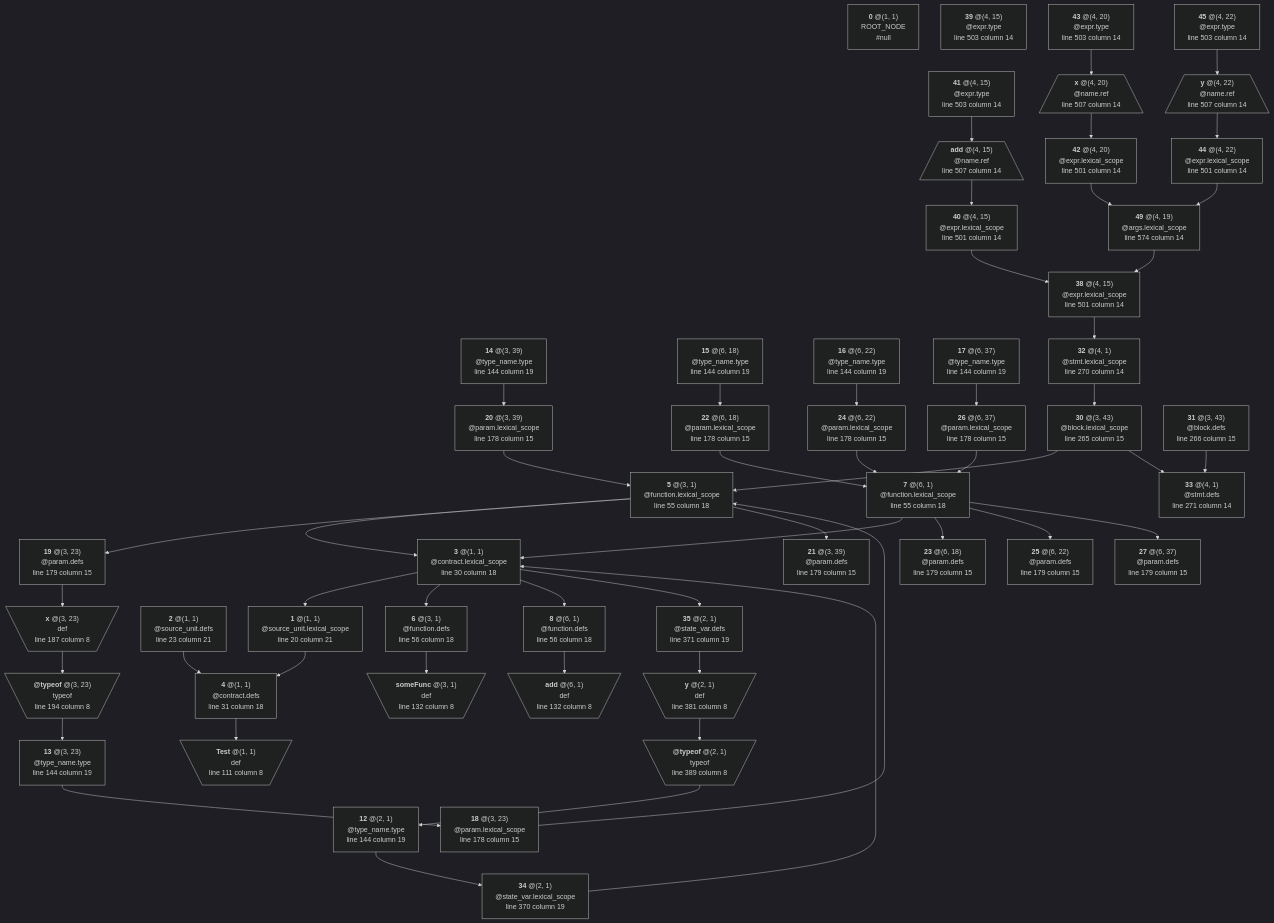
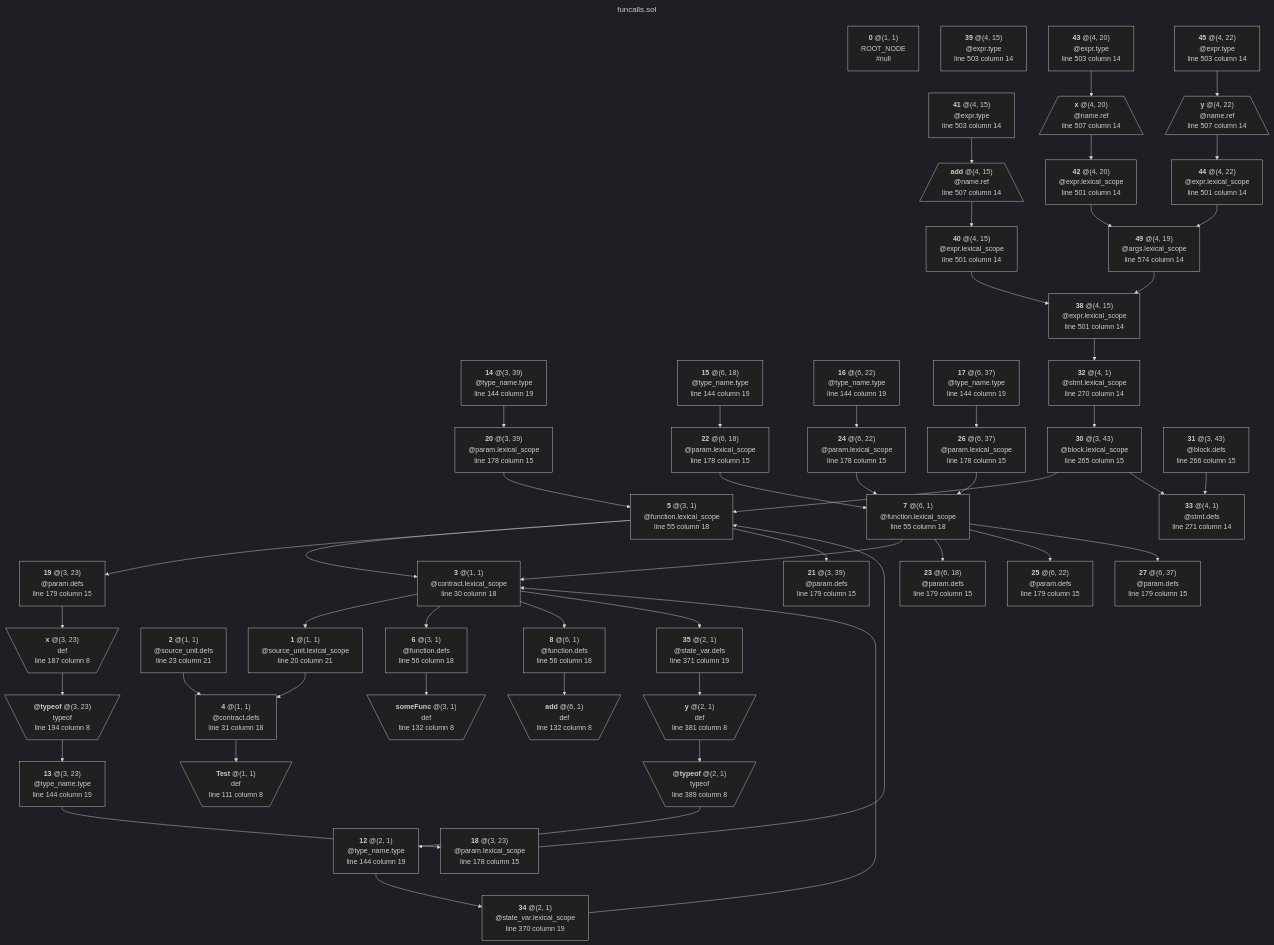
Before and after one commit to manastech/slang: the diagram in crates/solidity/testing/snapshots/bindings_output/expressions/generated/funcalls.sol-0.4.11.mmd, drawn with Mermaid (dark theme). The commit also changed 25 other files, not shown here.

```diff
--- a/crates/solidity/testing/snapshots/bindings_output/expressions/generated/funcalls.sol-0.4.11.mmd
+++ b/crates/solidity/testing/snapshots/bindings_output/expressions/generated/funcalls.sol-0.4.11.mmd
@@ -1,3 +1,6 @@
+---
+title: funcalls.sol
+---
 graph TD
 	N0["`**0** @(1, 1)
 ROOT_NODE
```
